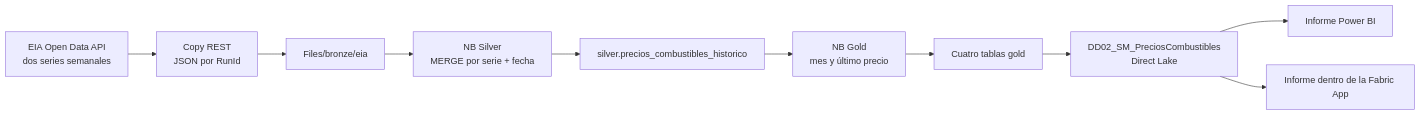
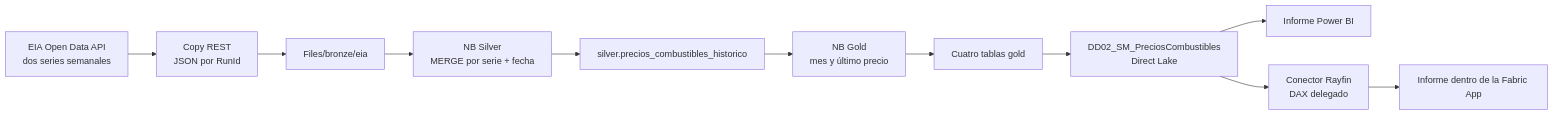
Before and after one commit to vicente2121/datadays-combustibles-portfolio: the first of 2 diagrams in docs/arquitectura.md, drawn with Mermaid. The commit also changed other lines of this file and 1 other file, not shown here.

Commit message:
Documenta el conector publicado de la app

````diff
--- a/docs/arquitectura.md
+++ b/docs/arquitectura.md
@@ -7,12 +7,13 @@
 ```mermaid
 flowchart LR
   A[EIA Open Data API<br/>dos series semanales] --> B[Copy REST<br/>JSON por RunId]
   B --> C[Files/bronze/eia]
   C --> D[NB Silver<br/>MERGE por serie + fecha]
   D --> E[silver.precios_combustibles_historico]
   E --> F[NB Gold<br/>mes y último precio]
   F --> G[Cuatro tablas gold]
   G --> H[DD02_SM_PreciosCombustibles<br/>Direct Lake]
   H --> I[Informe Power BI]
-  H --> J[Informe dentro de la Fabric App]
+  H --> J[Conector Rayfin<br/>DAX delegado]
+  J --> K[Informe dentro de la Fabric App]
 ```
````
